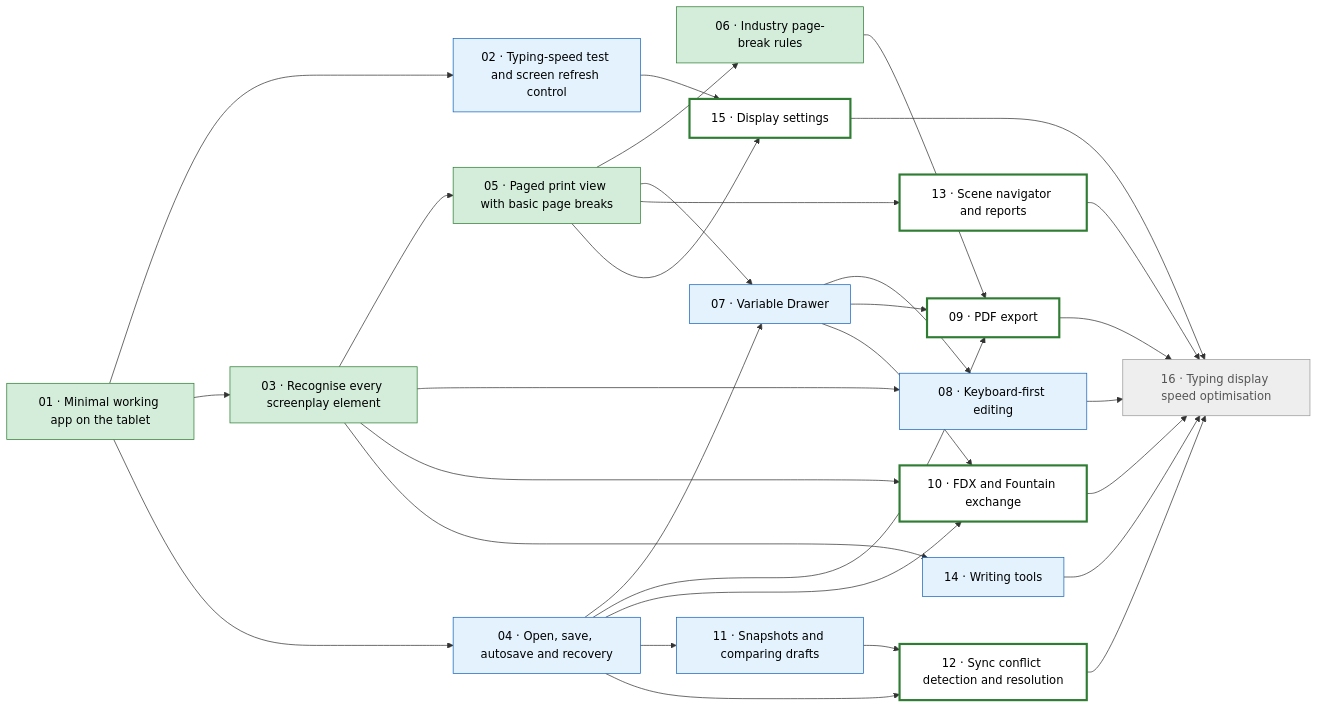
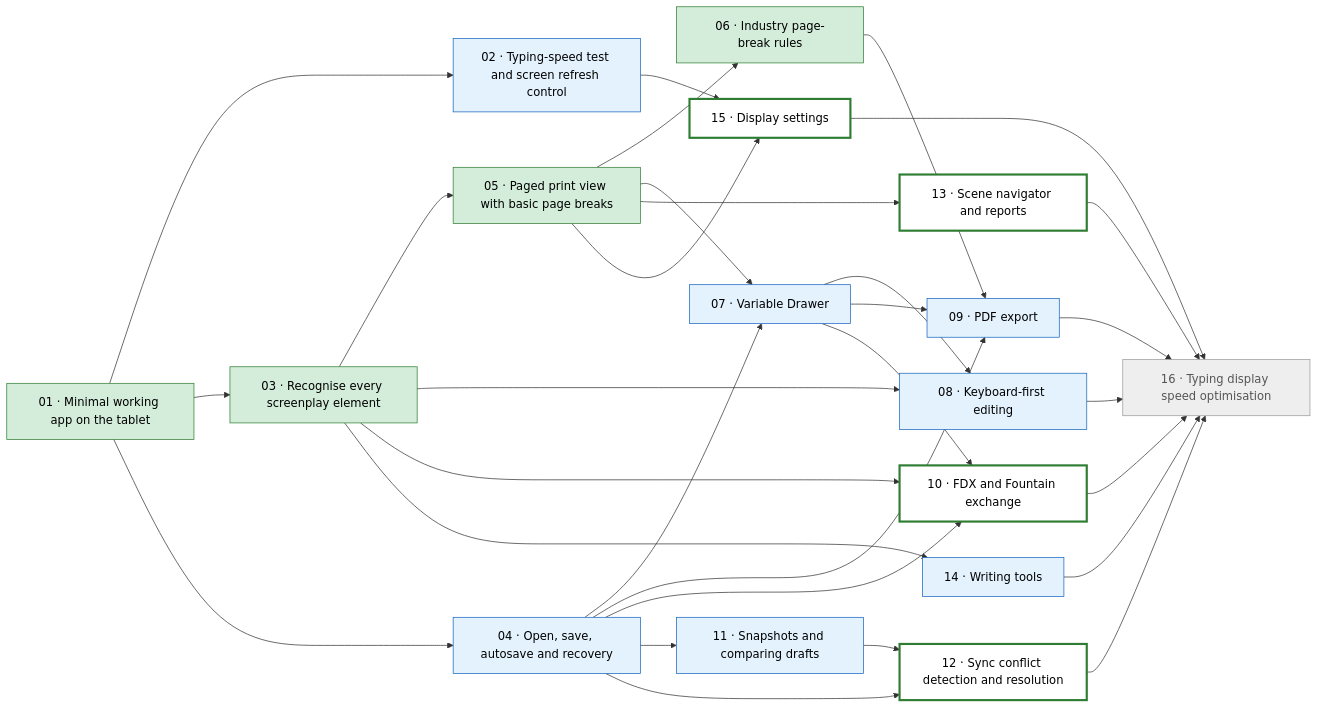
The diagram in PLAN.md (mikebgio/eink-screenplay-writer), drawn with Mermaid before and after one commit. The commit also changed other lines of this file and 26 other files, not shown here.

First line of the commit message:
09: PDF export (#28)

````diff
--- a/PLAN.md
+++ b/PLAN.md
@@ -45,53 +45,53 @@
 ```mermaid
 flowchart LR
   T01["01 · Minimal working app on the tablet"]:::done
   T02["02 · Typing-speed test and screen refresh control"]:::needsdevice
   T03["03 · Recognise every screenplay element"]:::done
   T04["04 · Open, save, autosave and recovery"]:::needsdevice
   T05["05 · Paged print view with basic page breaks"]:::done
   T06["06 · Industry page-break rules"]:::done
   T07["07 · Variable Drawer"]:::needsdevice
   T08["08 · Keyboard-first editing"]:::needsdevice
-  T09["09 · PDF export"]:::ready
+  T09["09 · PDF export"]:::needsdevice
   T10["10 · FDX and Fountain exchange"]:::ready
   T11["11 · Snapshots and comparing drafts"]:::needsdevice
   T12["12 · Sync conflict detection and resolution"]:::ready
   T13["13 · Scene navigator and reports"]:::ready
   T14["14 · Writing tools"]:::needsdevice
   T15["15 · Display settings"]:::ready
   T16["16 · Typing display speed optimisation"]:::blocked
   T01 --> T02
   T01 --> T03
   T01 --> T04
   T03 --> T05
   T05 --> T06
   T04 --> T07
   T05 --> T07
   T03 --> T08
   T07 --> T08
   T04 --> T09
   T06 --> T09
   T07 --> T09
   T03 --> T10
   T04 --> T10
   T07 --> T10
   T04 --> T11
   T04 --> T12
   T11 --> T12
   T05 --> T13
   T03 --> T14
   T02 --> T15
   T05 --> T15
   T08 --> T16
   T09 --> T16
   T10 --> T16
   T12 --> T16
   T13 --> T16
   T14 --> T16
   T15 --> T16
   classDef done fill:#d4edda,stroke:#2e7d32,color:#000
   classDef needsdevice fill:#e3f2fd,stroke:#1565c0,color:#000
   classDef inprogress fill:#fff3cd,stroke:#b8860b,color:#000
   classDef ready fill:#ffffff,stroke:#2e7d32,stroke-width:3px,color:#000
   classDef blocked fill:#eeeeee,stroke:#999,color:#555
 ```
````
